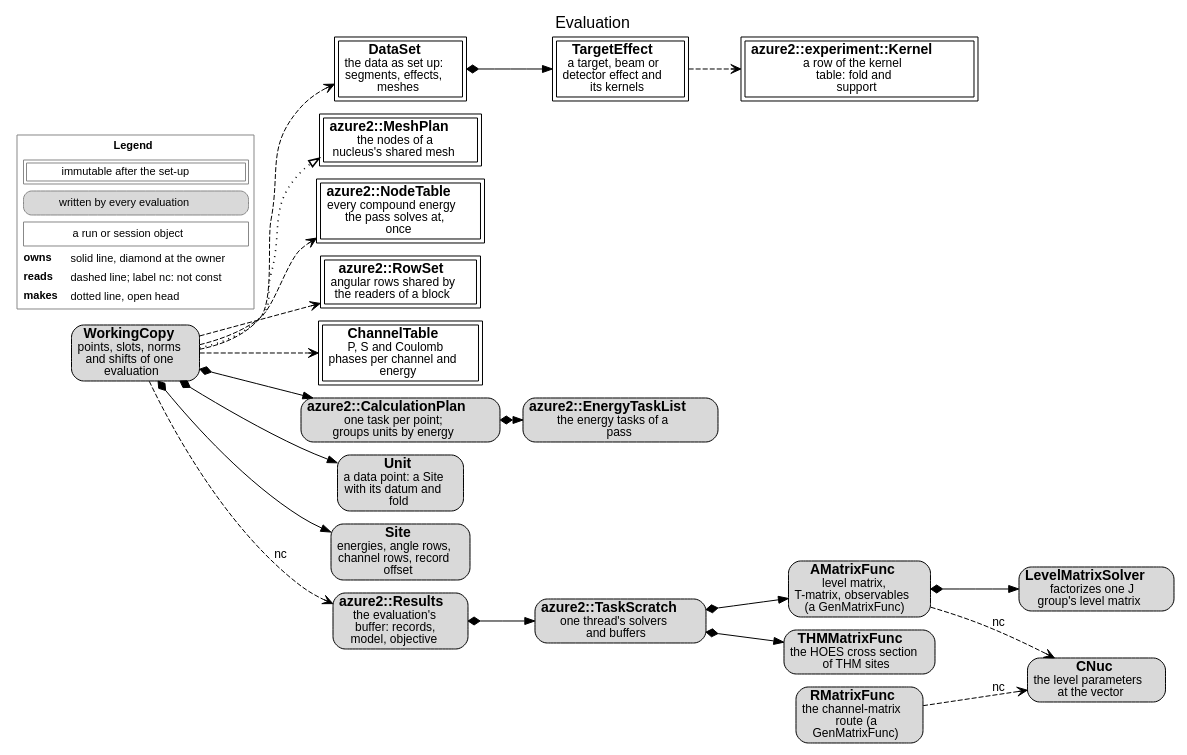
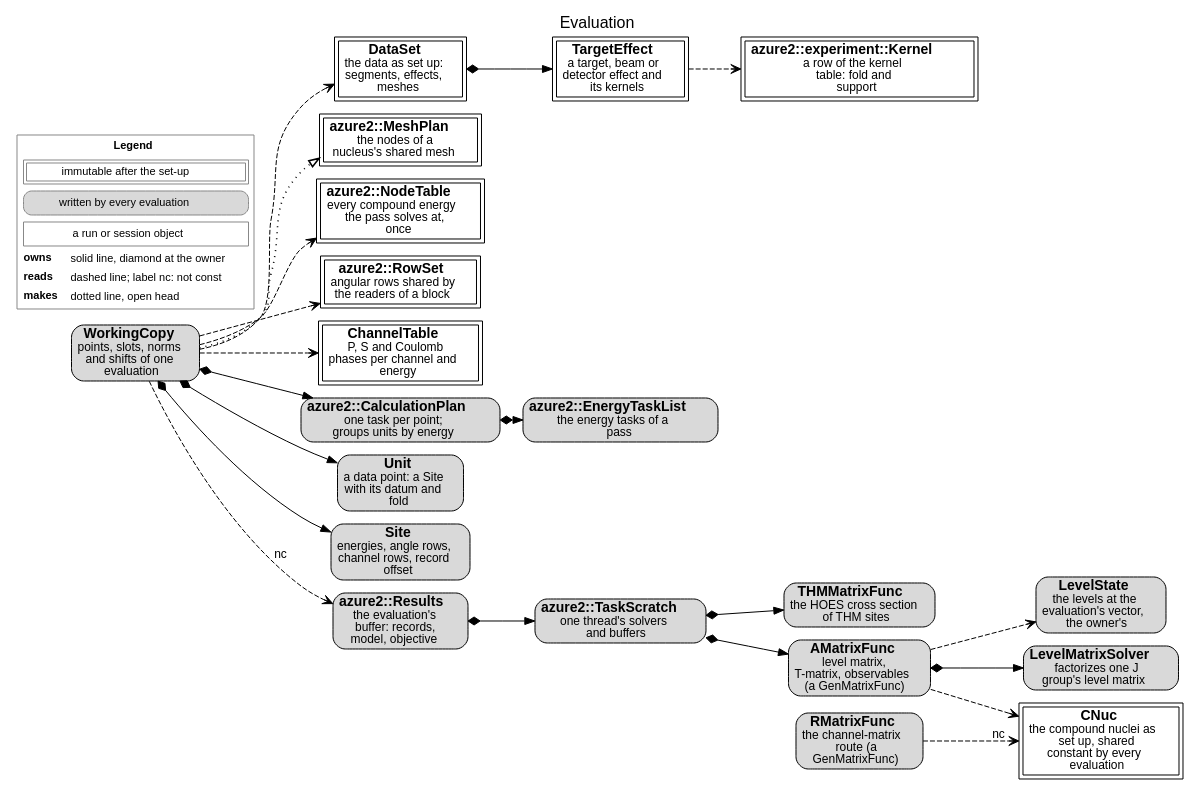
The diagram in docs/source/developer/figures/evaluation.dot (AZURE2DEV/AZURE2), drawn with Graphviz before and after one commit. The commit also changed 16 other files, not shown here.

First line of the commit message:
Documents: the owners hold their own levels (design note, Developer Guide, class scheme, roadmap, handoff)

```diff
--- a/docs/source/developer/figures/evaluation.dot
+++ b/docs/source/developer/figures/evaluation.dot
@@ -1,43 +1,45 @@
 digraph evaluation {
   graph [rankdir=LR, fontname="Helvetica", fontsize=16, labelloc=t, label="Evaluation", nodesep=0.18, ranksep=0.3, newrank=true];
   node [fontname="Helvetica", fontsize=14, margin="0.08,0.04"];
   edge [fontname="Helvetica", fontsize=12];
   n_WorkingCopy [label=<<b>WorkingCopy</b><br/><font point-size="12">points, slots, norms<br/>and shifts of one<br/>evaluation</font>>, shape=box, style="rounded,filled", fillcolor="#d9d9d9"];
   n_DataSet [label=<<b>DataSet</b><br/><font point-size="12">the data as set up:<br/>segments, effects,<br/>meshes</font>>, shape=box, peripheries=2, style="filled", fillcolor="white"];
   n_TargetEffect [label=<<b>TargetEffect</b><br/><font point-size="12">a target, beam or<br/>detector effect and<br/>its kernels</font>>, shape=box, peripheries=2, style="filled", fillcolor="white"];
   n_azure2__experiment__Kernel [label=<<b>azure2::experiment::Kernel</b><br/><font point-size="12">a row of the kernel<br/>table: fold and<br/>support</font>>, shape=box, peripheries=2, style="filled", fillcolor="white"];
   n_azure2__MeshPlan [label=<<b>azure2::MeshPlan</b><br/><font point-size="12">the nodes of a<br/>nucleus&#x27;s shared mesh</font>>, shape=box, peripheries=2, style="filled", fillcolor="white"];
   n_azure2__NodeTable [label=<<b>azure2::NodeTable</b><br/><font point-size="12">every compound energy<br/>the pass solves at,<br/>once</font>>, shape=box, peripheries=2, style="filled", fillcolor="white"];
   n_azure2__RowSet [label=<<b>azure2::RowSet</b><br/><font point-size="12">angular rows shared by<br/>the readers of a block</font>>, shape=box, peripheries=2, style="filled", fillcolor="white"];
   n_ChannelTable [label=<<b>ChannelTable</b><br/><font point-size="12">P, S and Coulomb<br/>phases per channel and<br/>energy</font>>, shape=box, peripheries=2, style="filled", fillcolor="white"];
   n_azure2__CalculationPlan [label=<<b>azure2::CalculationPlan</b><br/><font point-size="12">one task per point;<br/>groups units by energy</font>>, shape=box, style="rounded,filled", fillcolor="#d9d9d9"];
   n_azure2__EnergyTaskList [label=<<b>azure2::EnergyTaskList</b><br/><font point-size="12">the energy tasks of a<br/>pass</font>>, shape=box, style="rounded,filled", fillcolor="#d9d9d9"];
   n_Unit [label=<<b>Unit</b><br/><font point-size="12">a data point: a Site<br/>with its datum and<br/>fold</font>>, shape=box, style="rounded,filled", fillcolor="#d9d9d9"];
   n_Site [label=<<b>Site</b><br/><font point-size="12">energies, angle rows,<br/>channel rows, record<br/>offset</font>>, shape=box, style="rounded,filled", fillcolor="#d9d9d9"];
   n_azure2__Results [label=<<b>azure2::Results</b><br/><font point-size="12">the evaluation&#x27;s<br/>buffer: records,<br/>model, objective</font>>, shape=box, style="rounded,filled", fillcolor="#d9d9d9"];
   n_azure2__TaskScratch [label=<<b>azure2::TaskScratch</b><br/><font point-size="12">one thread&#x27;s solvers<br/>and buffers</font>>, shape=box, style="rounded,filled", fillcolor="#d9d9d9"];
   n_AMatrixFunc [label=<<b>AMatrixFunc</b><br/><font point-size="12">level matrix,<br/>T-matrix, observables<br/>(a GenMatrixFunc)</font>>, shape=box, style="rounded,filled", fillcolor="#d9d9d9"];
   n_THMMatrixFunc [label=<<b>THMMatrixFunc</b><br/><font point-size="12">the HOES cross section<br/>of THM sites</font>>, shape=box, style="rounded,filled", fillcolor="#d9d9d9"];
   n_RMatrixFunc [label=<<b>RMatrixFunc</b><br/><font point-size="12">the channel-matrix<br/>route (a<br/>GenMatrixFunc)</font>>, shape=box, style="rounded,filled", fillcolor="#d9d9d9"];
   n_LevelMatrixSolver [label=<<b>LevelMatrixSolver</b><br/><font point-size="12">factorizes one J<br/>group&#x27;s level matrix</font>>, shape=box, style="rounded,filled", fillcolor="#d9d9d9"];
-  n_CNuc [label=<<b>CNuc</b><br/><font point-size="12">the level parameters<br/>at the vector</font>>, shape=box, style="rounded,filled", fillcolor="#d9d9d9"];
+  n_CNuc [label=<<b>CNuc</b><br/><font point-size="12">the compound nuclei as<br/>set up, shared<br/>constant by every<br/>evaluation</font>>, shape=box, peripheries=2, style="filled", fillcolor="white"];
+  n_LevelState [label=<<b>LevelState</b><br/><font point-size="12">the levels at the<br/>evaluation&#x27;s vector,<br/>the owner&#x27;s</font>>, shape=box, style="rounded,filled", fillcolor="#d9d9d9"];
   n_WorkingCopy -> n_DataSet [style=dashed, arrowhead=vee];
   n_DataSet -> n_TargetEffect [style=solid, dir=both, arrowtail=diamond, arrowhead=normal];
   n_TargetEffect -> n_azure2__experiment__Kernel [style=dashed, arrowhead=vee];
   n_WorkingCopy -> n_azure2__MeshPlan [style=dotted, penwidth=1.6, arrowhead=empty];
   n_WorkingCopy -> n_azure2__NodeTable [style=dashed, arrowhead=vee];
   n_WorkingCopy -> n_azure2__RowSet [style=dashed, arrowhead=vee];
   n_WorkingCopy -> n_ChannelTable [style=dashed, arrowhead=vee];
   n_WorkingCopy -> n_azure2__CalculationPlan [style=solid, dir=both, arrowtail=diamond, arrowhead=normal];
   n_azure2__CalculationPlan -> n_azure2__EnergyTaskList [style=solid, dir=both, arrowtail=diamond, arrowhead=normal];
   n_WorkingCopy -> n_Unit [style=solid, dir=both, arrowtail=diamond, arrowhead=normal];
   n_WorkingCopy -> n_Site [style=solid, dir=both, arrowtail=diamond, arrowhead=normal];
   n_azure2__Results -> n_azure2__TaskScratch [style=solid, dir=both, arrowtail=diamond, arrowhead=normal];
   n_azure2__TaskScratch -> n_AMatrixFunc [style=solid, dir=both, arrowtail=diamond, arrowhead=normal];
   n_azure2__TaskScratch -> n_THMMatrixFunc [style=solid, dir=both, arrowtail=diamond, arrowhead=normal];
   n_AMatrixFunc -> n_LevelMatrixSolver [style=solid, dir=both, arrowtail=diamond, arrowhead=normal];
-  n_AMatrixFunc -> n_CNuc [style=dashed, arrowhead=vee, label=" nc"];
+  n_AMatrixFunc -> n_CNuc [style=dashed, arrowhead=vee];
+  n_AMatrixFunc -> n_LevelState [style=dashed, arrowhead=vee];
   n_RMatrixFunc -> n_CNuc [style=dashed, arrowhead=vee, label=" nc"];
   n_WorkingCopy -> n_azure2__Results [style=dashed, arrowhead=vee, label=" nc"];
   legend [shape=plaintext, fontsize=11, label=<<TABLE BORDER="1" CELLBORDER="0" CELLSPACING="3" COLOR="#888888"><TR><TD COLSPAN="2"><B>Legend</B></TD></TR><TR><TD COLSPAN="2"><TABLE BORDER="1" CELLBORDER="1" CELLSPACING="2" CELLPADDING="2"><TR><TD>immutable after the set-up</TD></TR></TABLE></TD></TR><TR><TD COLSPAN="2"><TABLE BORDER="1" CELLBORDER="0" CELLPADDING="3" STYLE="rounded" BGCOLOR="#d9d9d9"><TR><TD>written by every evaluation</TD></TR></TABLE></TD></TR><TR><TD COLSPAN="2"><TABLE BORDER="1" CELLBORDER="0" CELLPADDING="3" ><TR><TD>a run or session object</TD></TR></TABLE></TD></TR><TR><TD ALIGN="LEFT"><B>owns</B></TD><TD ALIGN="LEFT">solid line, diamond at the owner</TD></TR><TR><TD ALIGN="LEFT"><B>reads</B></TD><TD ALIGN="LEFT">dashed line; label nc: not const</TD></TR><TR><TD ALIGN="LEFT"><B>makes</B></TD><TD ALIGN="LEFT">dotted line, open head</TD></TR></TABLE>>];
 }
```
